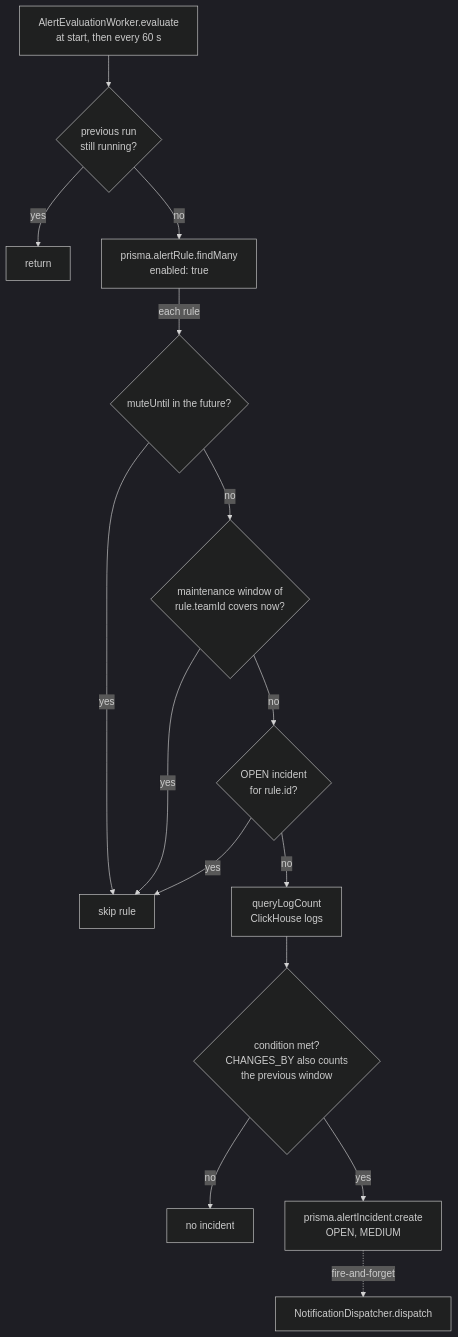
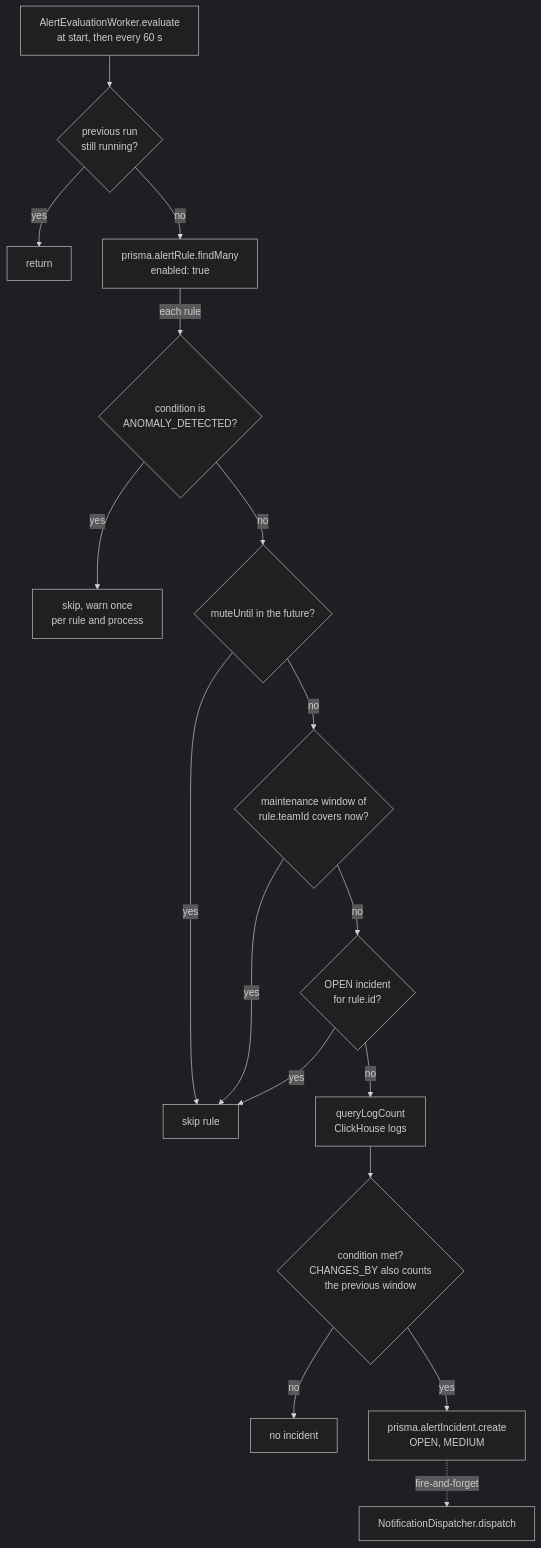
The diagram in docs/okf/alert-evaluation-and-incident-lifecycle.md (LanNguyenSi/telerithm), drawn with Mermaid (dark theme) before and after one commit. The commit also changed other lines of this file and 48 other files, not shown here.

````diff
--- a/docs/okf/alert-evaluation-and-incident-lifecycle.md
+++ b/docs/okf/alert-evaluation-and-incident-lifecycle.md
@@ -41,17 +42,19 @@
 ```mermaid
 flowchart TD
   T["AlertEvaluationWorker.evaluate<br/>at start, then every 60 s"] --> G{"previous run<br/>still running?"}
   G -->|yes| E["return"]
   G -->|no| R["prisma.alertRule.findMany<br/>enabled: true"]
-  R -->|each rule| M{"muteUntil in the future?"}
+  R -->|each rule| AN{"condition is<br/>ANOMALY_DETECTED?"}
+  AN -->|yes| WN["skip, warn once<br/>per rule and process"]
+  AN -->|no| M{"muteUntil in the future?"}
   M -->|yes| SK["skip rule"]
   M -->|no| MW{"maintenance window of<br/>rule.teamId covers now?"}
   MW -->|yes| SK
   MW -->|no| OI{"OPEN incident<br/>for rule.id?"}
   OI -->|yes| SK
   OI -->|no| Q["queryLogCount<br/>ClickHouse logs"]
   Q --> C{"condition met?<br/>CHANGES_BY also counts<br/>the previous window"}
   C -->|no| N["no incident"]
   C -->|yes| I["prisma.alertIncident.create<br/>OPEN, MEDIUM"]
   I -.->|fire-and-forget| D["NotificationDispatcher.dispatch"]
 ```
````
